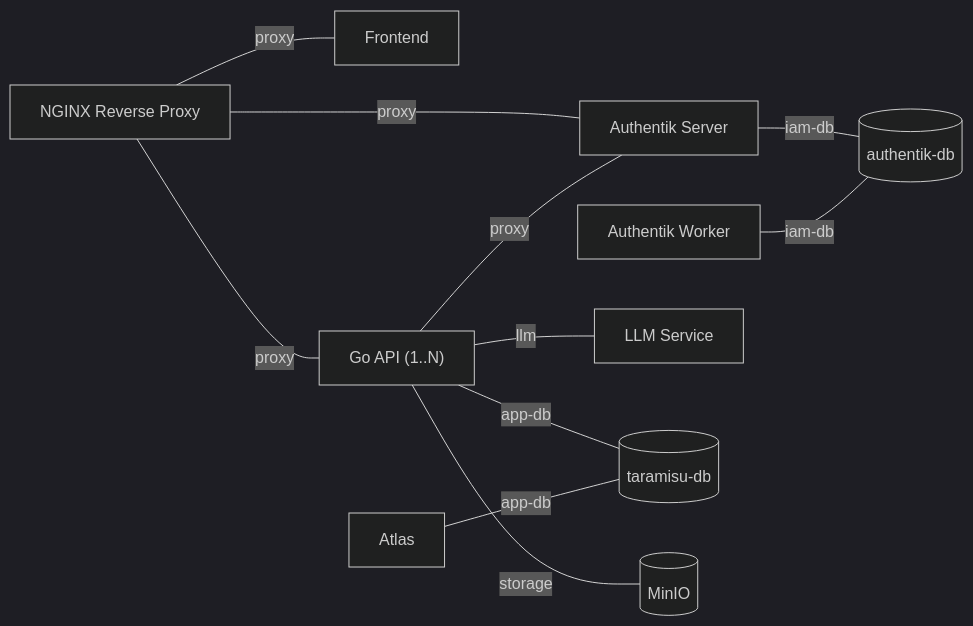
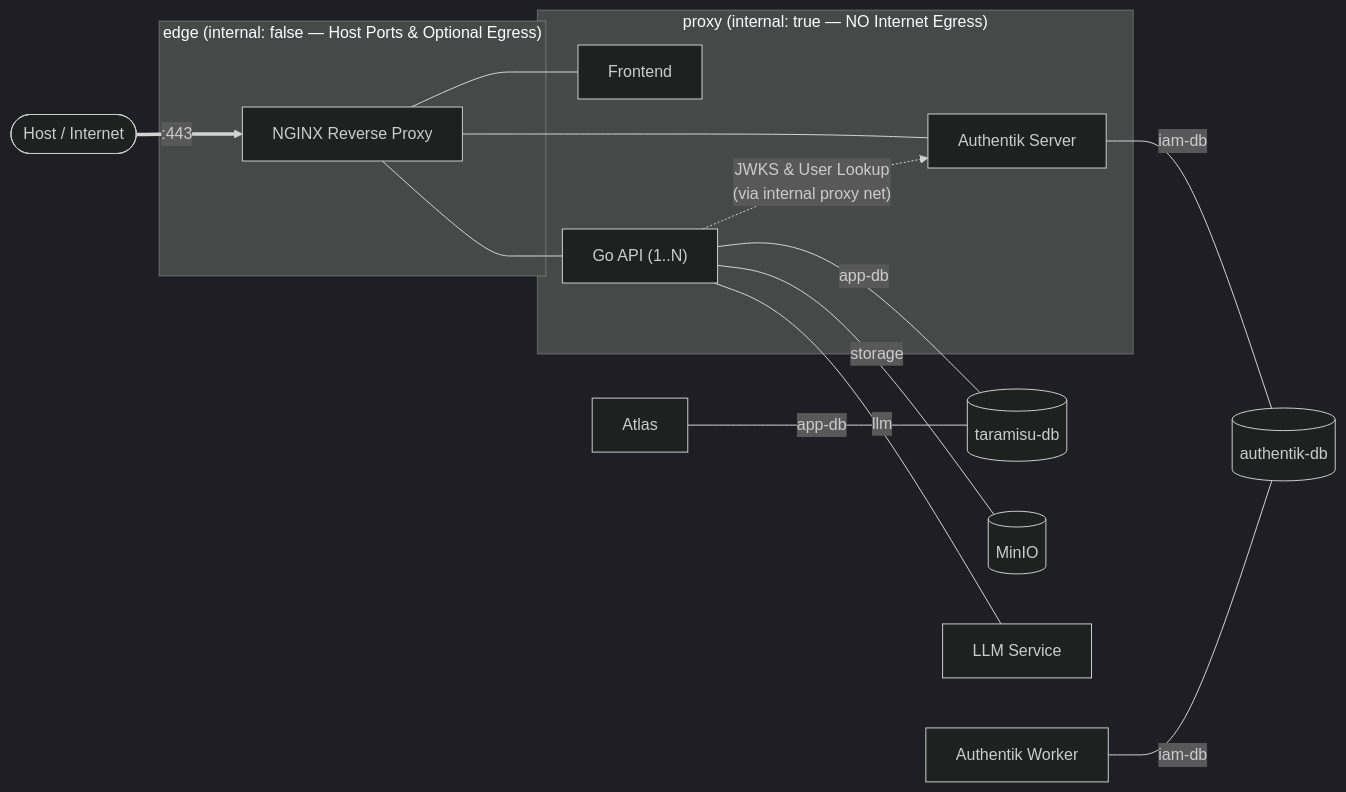
The second of 2 diagrams in docs/internal/architecture/architecture-overview.md (thi-taramisu/taramisu), drawn with Mermaid (dark theme) before and after one commit. The commit also changed other lines of this file, not shown here.

Commit message:
update networks

````diff
--- a/docs/internal/architecture/architecture-overview.md
+++ b/docs/internal/architecture/architecture-overview.md
@@ -101,28 +106,25 @@
 ```mermaid
 flowchart LR
-    Proxy["NGINX Reverse Proxy"]
-    FE["Frontend"]
-    API["Go API (1..N)"]
-    AS["Authentik Server"]
-    AW["Authentik Worker"]
-    Atlas["Atlas"]
-    LLM["LLM Service"]
-    AppDB[("taramisu-db")]
-    IAMDB[("authentik-db")]
-    MinIO[("MinIO")]
+    Host([Host / Internet]) ==>|":443"| Proxy["NGINX Reverse Proxy"]
 
-    Proxy ---|proxy| FE
-    Proxy ---|proxy| API
-    Proxy ---|proxy| AS
-    API ---|proxy| AS
+    subgraph net_edge ["edge (internal: false — Host Ports & Optional Egress)"]
+        Proxy
+    end
 
-    API ---|app-db| AppDB
-    Atlas ---|app-db| AppDB
+    subgraph net_proxy ["proxy (internal: true — NO Internet Egress)"]
+        Proxy --- FE["Frontend"]
+        Proxy --- API["Go API (1..N)"]
+        Proxy --- AS["Authentik Server"]
+        API -.->|"JWKS & User Lookup<br/>(via internal proxy net)"| AS
+    end
 
-    AS ---|iam-db| IAMDB
-    AW ---|iam-db| IAMDB
+    API ---|app-db| AppDB[("taramisu-db")]
+    Atlas["Atlas"] ---|app-db| AppDB
 
-    API ---|storage| MinIO
+    AS ---|iam-db| IAMDB[("authentik-db")]
+    AW["Authentik Worker"] ---|iam-db| IAMDB
 
-    API ---|llm| LLM
+    API ---|storage| MinIO[("MinIO")]
+
+    API ---|llm| LLM["LLM Service"]
 ```
````
